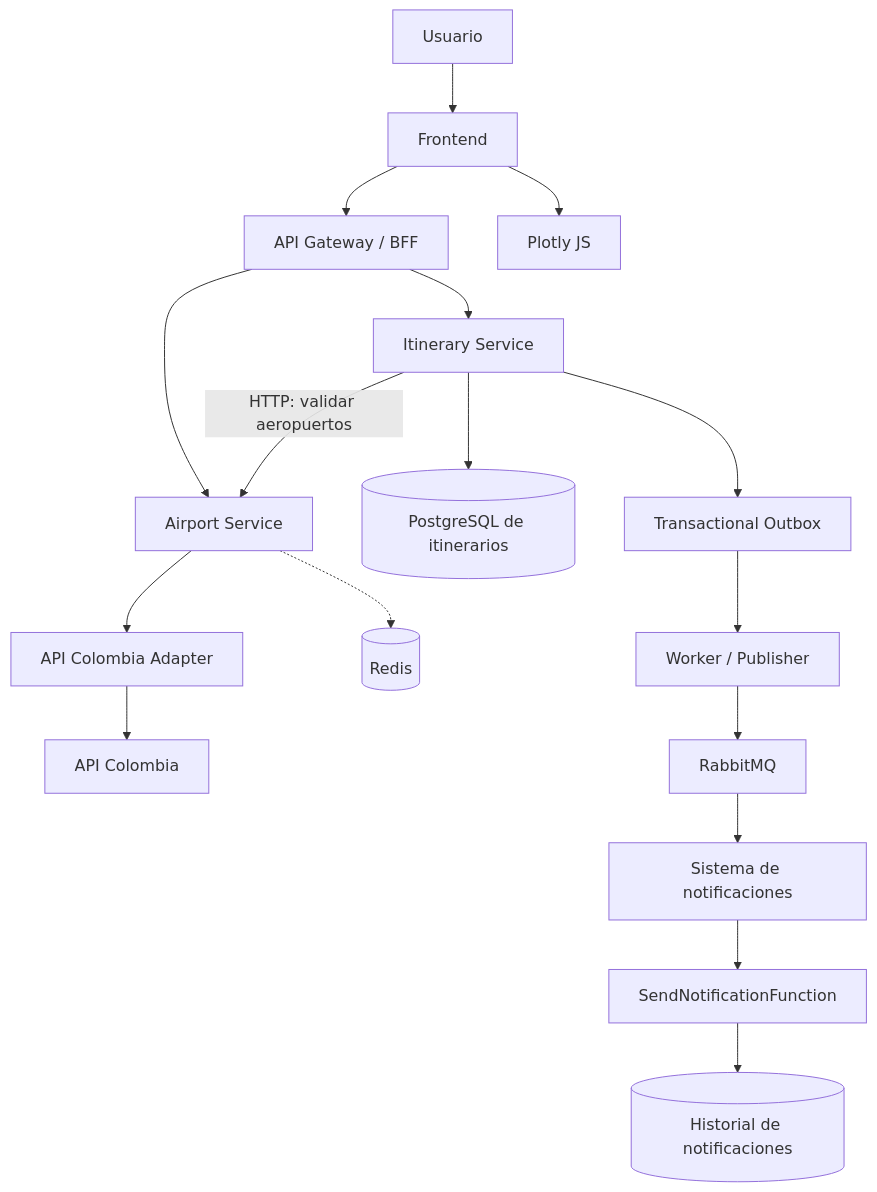
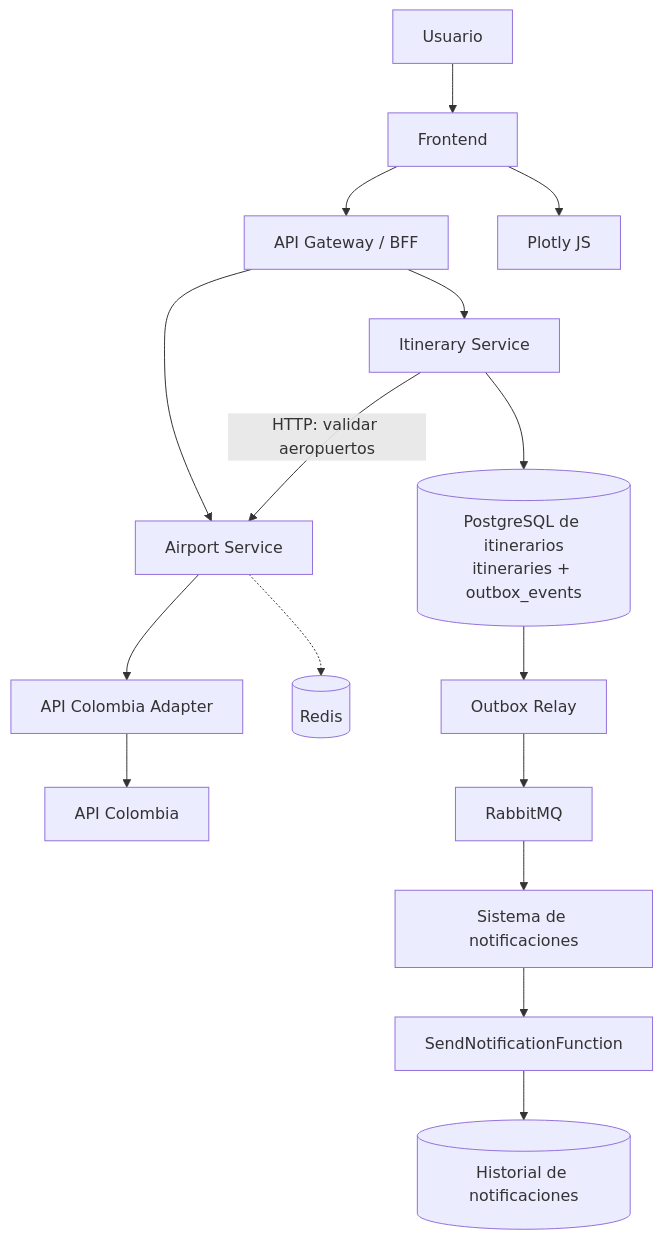
One commit to JUANGR12192004/sistema-itinerarios-personales changed the first of 5 diagrams in docs/05-diagramas.md. Above: the diagram before and after it, drawn with Mermaid. The commit also changed other lines of this file and 5 other files, not shown here.

First line of the commit message:
docs: documenta el Transactional Outbox y la demostración del double write resuelto

````diff
--- a/docs/05-diagramas.md
+++ b/docs/05-diagramas.md
@@ -6,26 +6,24 @@
 ```mermaid
 flowchart TB
     U[Usuario] --> FE[Frontend]
     FE --> GW[API Gateway / BFF]
 
     GW --> AS[Airport Service]
     GW --> IS[Itinerary Service]
 
     IS -->|HTTP: validar aeropuertos| AS
     AS --> AD[API Colombia Adapter]
     AD --> EXT[API Colombia]
 
     AS -.-> REDIS[(Redis)]
 
-    IS --> DBI[(PostgreSQL de itinerarios)]
-    IS --> OUTBOX[Transactional Outbox]
-
-    OUTBOX --> PUB[Worker / Publisher]
+    IS --> DBI[(PostgreSQL de itinerarios<br/>itineraries + outbox_events)]
+    DBI --> PUB[Outbox Relay]
     PUB --> RMQ[RabbitMQ]
 
     RMQ --> NS[Sistema de notificaciones]
     NS --> FN[SendNotificationFunction]
     FN --> NH[(Historial de notificaciones)]
 
     FE --> MAP[Plotly JS]
 ```
````
